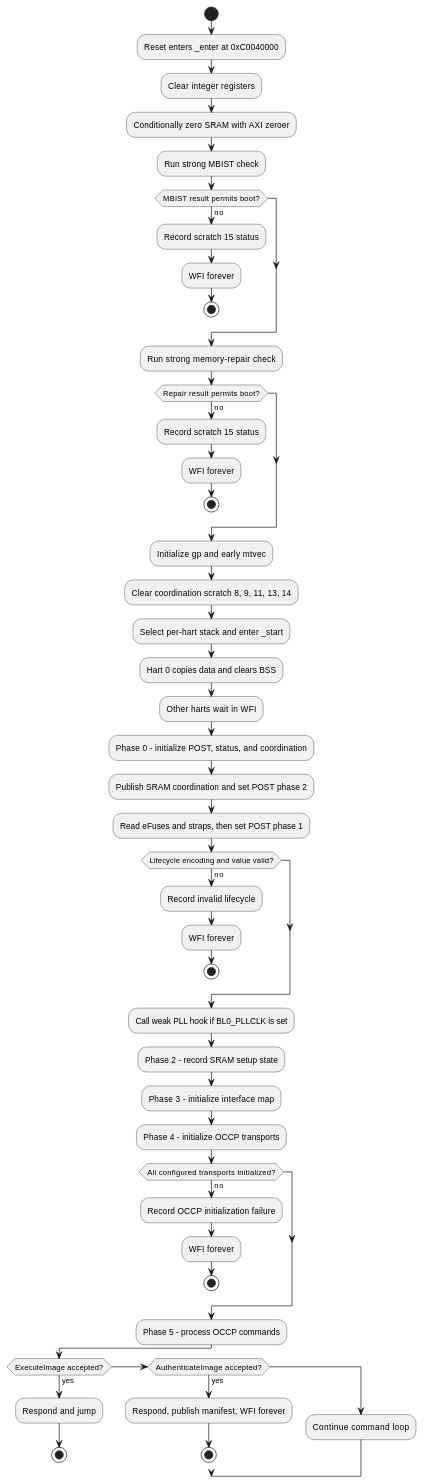
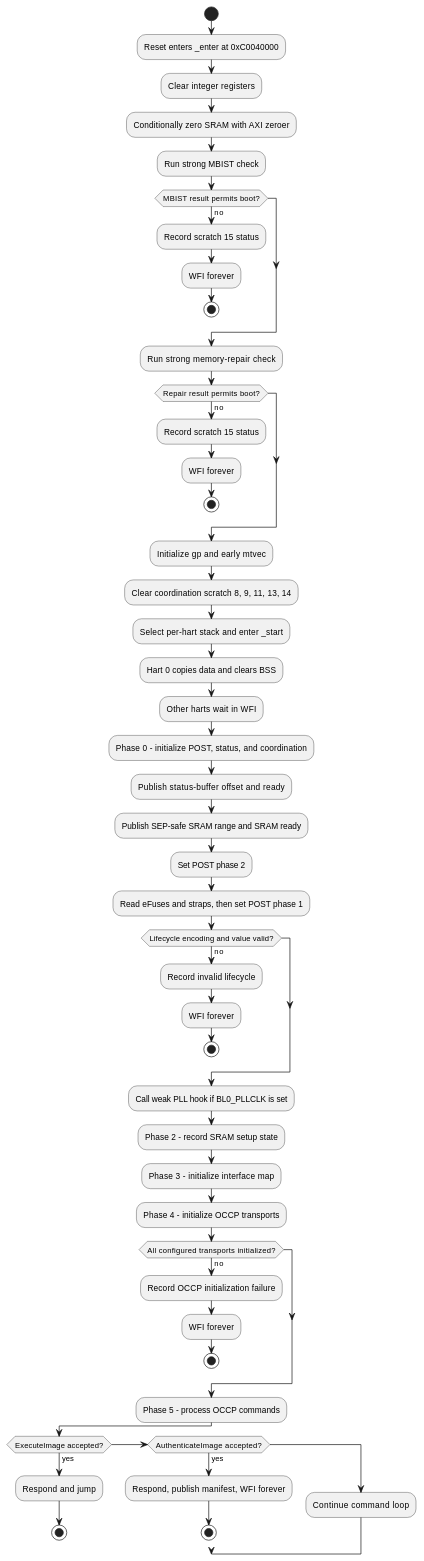
The diagram in hw/sys/smc/bootrom/prod/doc/boot-flow.adoc (tenstorrent/tt-oca-harness), drawn with PlantUML before and after one commit. The commit also changed other lines of this file and 5 other files, not shown here.

```diff
--- a/hw/sys/smc/bootrom/prod/doc/boot-flow.adoc
+++ b/hw/sys/smc/bootrom/prod/doc/boot-flow.adoc
@@ -13,53 +13,55 @@
 [plantuml]
 ....
 @startuml
 start
 :Reset enters _enter at 0xC0040000;
 :Clear integer registers;
 :Conditionally zero SRAM with AXI zeroer;
 :Run strong MBIST check;
 if (MBIST result permits boot?) then (no)
   :Record scratch 15 status;
   :WFI forever;
   stop
 endif
 :Run strong memory-repair check;
 if (Repair result permits boot?) then (no)
   :Record scratch 15 status;
   :WFI forever;
   stop
 endif
 :Initialize gp and early mtvec;
 :Clear coordination scratch 8, 9, 11, 13, 14;
 :Select per-hart stack and enter _start;
 :Hart 0 copies data and clears BSS;
 :Other harts wait in WFI;
 :Phase 0 - initialize POST, status, and coordination;
-:Publish SRAM coordination and set POST phase 2;
+:Publish status-buffer offset and ready;
+:Publish SEP-safe SRAM range and SRAM ready;
+:Set POST phase 2;
 :Read eFuses and straps, then set POST phase 1;
 if (Lifecycle encoding and value valid?) then (no)
   :Record invalid lifecycle;
   :WFI forever;
   stop
 endif
 :Call weak PLL hook if BL0_PLLCLK is set;
 :Phase 2 - record SRAM setup state;
 :Phase 3 - initialize interface map;
 :Phase 4 - initialize OCCP transports;
 if (All configured transports initialized?) then (no)
   :Record OCCP initialization failure;
   :WFI forever;
   stop
 endif
 :Phase 5 - process OCCP commands;
 if (ExecuteImage accepted?) then (yes)
   :Respond and jump;
   stop
 elseif (AuthenticateImage accepted?) then (yes)
   :Respond, publish manifest, WFI forever;
   stop
 else
   :Continue command loop;
 endif
 @enduml
 ....
```
